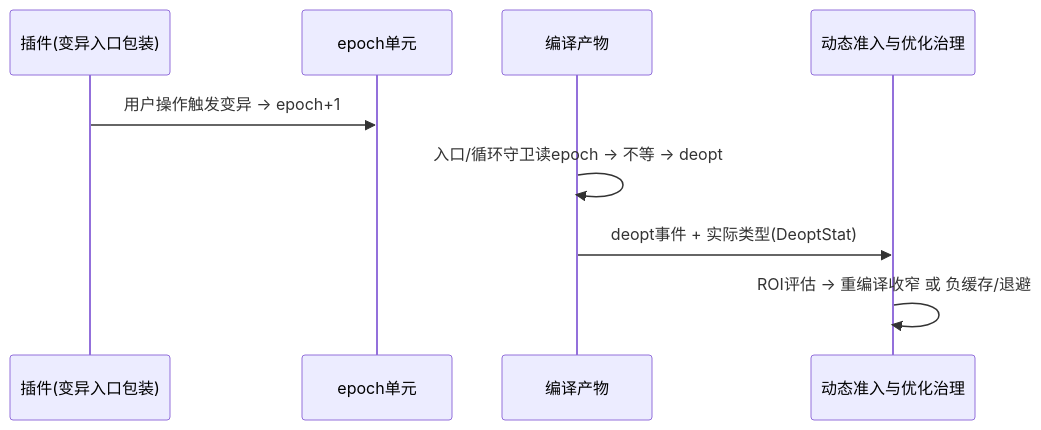
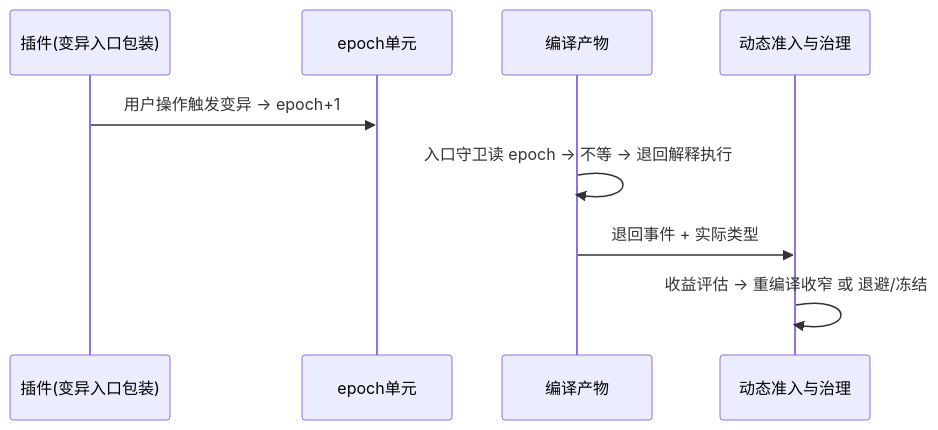
Before and after one commit to openeuler-mirror/cinderx: the fifth of 5 diagrams in docs/design/【架构设计】CinderX增强运行时.md, drawn with Mermaid. The commit also changed other lines of this file, not shown here.

````diff
--- a/docs/design/【架构设计】CinderX增强运行时.md
+++ b/docs/design/【架构设计】CinderX增强运行时.md
@@ -750,12 +565,12 @@
 ```mermaid
 sequenceDiagram
     participant PL as 插件(变异入口包装)
     participant EP as epoch单元
     participant CF as 编译产物
-    participant OB as 动态准入与优化治理
+    participant OB as 动态准入与治理
 
     PL->>EP: 用户操作触发变异 → epoch+1
-    CF->>CF: 入口/循环守卫读epoch → 不等 → deopt
-    CF->>OB: deopt事件 + 实际类型(DeoptStat)
-    OB->>OB: ROI评估 → 重编译收窄 或 负缓存/退避
+    CF->>CF: 入口守卫读 epoch → 不等 → 退回解释执行
+    CF->>OB: 退回事件 + 实际类型
+    OB->>OB: 收益评估 → 重编译收窄 或 退避/冻结
 ```
````
